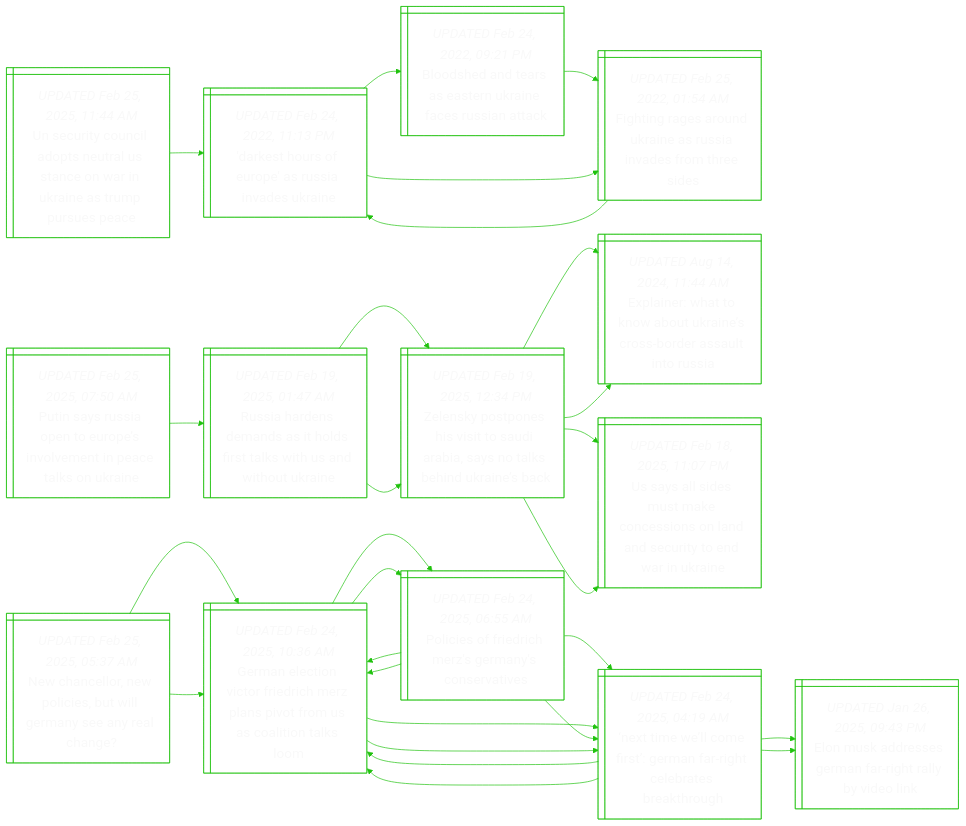
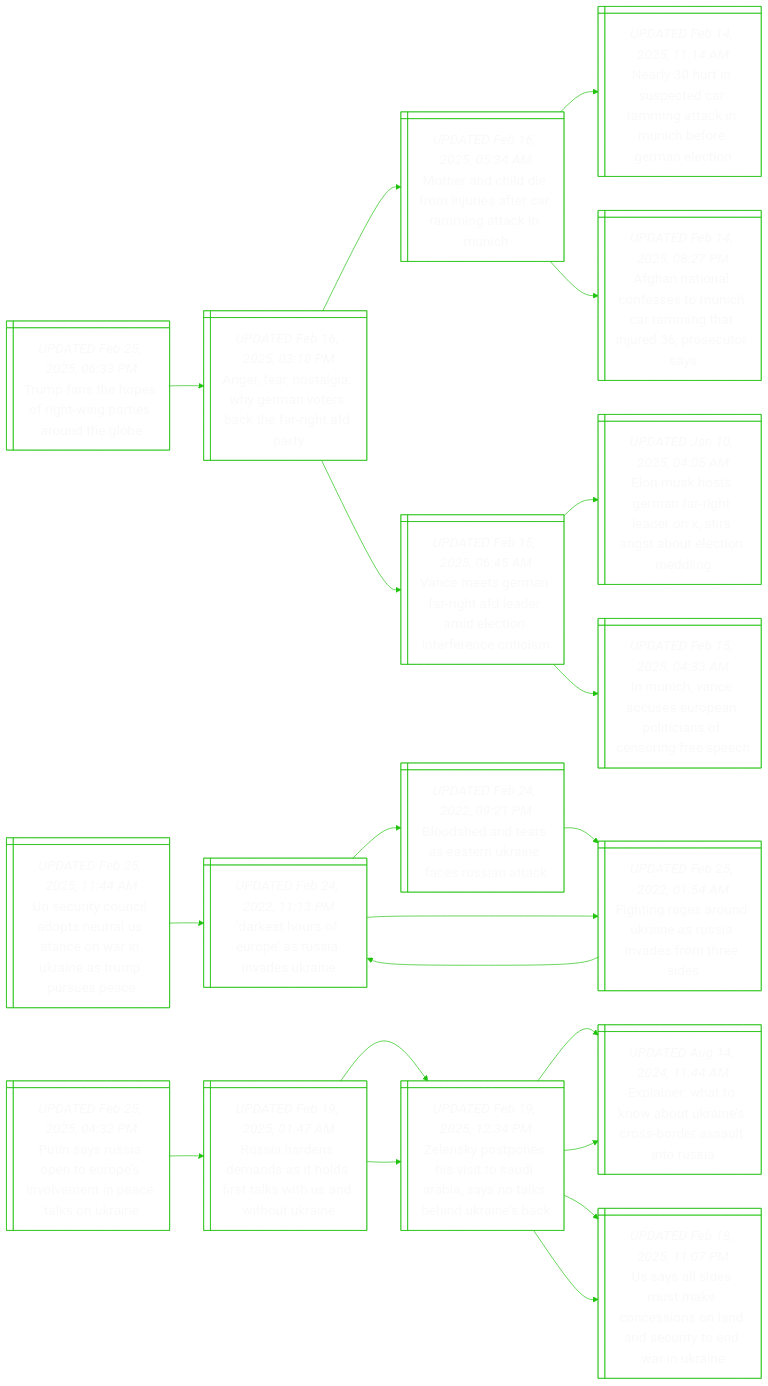
The diagram in README.md (notJmes/notJmes), drawn with Mermaid before and after one commit. The commit also changed other lines of this file, not shown here.

````diff
--- a/README.md
+++ b/README.md
@@ -15,6 +15,31 @@
 %%{init: {'theme':'base', 'themeVariables': {'primaryColor': "transparent", 'primaryTextColor': "#F9F9F9", 'lineColor': "#20C20E", 'primaryBorderColor':'#20C20E'}}}%%
 flowchart LR
 classDef txtsize font-size:20px;
+
+Tfheiiradl@{ shape: win-pane, label: "_UPDATED Feb 25, 2025, 06:33 PM_
+Trump fans the hopes of right-wing parties around the globe" }
+AfogyaecfgDy@{ shape: win-pane, label: "_UPDATED Feb 16, 2025, 03:18 PM_
+Anger, fear, nostalgia: why german voters back the far-right afd party" }
+Mrhimrfamtii@{ shape: win-pane, label: "_UPDATED Feb 16, 2025, 05:34 AM_
+Mother and child die from injuries after car ramming attack in munich" }
+Nyipdagcubeac@{ shape: win-pane, label: "_UPDATED Feb 14, 2025, 11:14 AM_
+Nearly 30 hurt in suspected car ramming attack in munich before german election" }
+AnoosMhagiesos@{ shape: win-pane, label: "_UPDATED Feb 14, 2025, 08:27 PM_
+Afghan national confesses to munich car ramming that injured 36, prosecutor says" }
+VmGnifdicifctm@{ shape: win-pane, label: "_UPDATED Feb 15, 2025, 06:45 AM_
+Vance meets german far-right afd leader amid election interference criticism" }
+EusrahdXsttten@{ shape: win-pane, label: "_UPDATED Jan 10, 2025, 04:05 AM_
+Elon musk hosts german far-right leader on x, stirs angst about election meddling" }
+IincEelifofp@{ shape: win-pane, label: "_UPDATED Feb 15, 2025, 04:33 AM_
+In munich, vance accuses european politicians of censoring free speech" }
+
+Tfheiiradl:::txtsize --> AfogyaecfgDy:::txtsize
+AfogyaecfgDy:::txtsize --> Mrhimrfamtii:::txtsize
+Mrhimrfamtii:::txtsize --> Nyipdagcubeac:::txtsize
+Mrhimrfamtii:::txtsize --> AnoosMhagiesos:::txtsize
+AfogyaecfgDy:::txtsize --> VmGnifdicifctm:::txtsize
+VmGnifdicifctm:::txtsize --> EusrahdXsttten:::txtsize
+VmGnifdicifctm:::txtsize --> IincEelifofp:::txtsize
 
 UuCipuUnwUnruse@{ shape: win-pane, label: "_UPDATED Feb 25, 2025, 11:44 AM_
 Un security council adopts neutral us stance on war in ukraine as trump pursues peace" }
@@ -35,7 +60,7 @@
 DsruasvUn:::txtsize --> Figokesnsts:::txtsize
 Figokesnsts:::txtsize --> DsruasvUn:::txtsize
 
-Psuoopvmnesr@{ shape: win-pane, label: "_UPDATED Feb 25, 2025, 07:50 AM_
+Psuoopvmnesr@{ shape: win-pane, label: "_UPDATED Feb 25, 2025, 04:32 PM_
 Putin says russia open to europe’s involvement in peace talks on ukraine" }
 RaemaoiaiatUn@{ shape: win-pane, label: "_UPDATED Feb 19, 2025, 01:47 AM_
 Russia hardens demands as it holds first talks with us and without ukraine" }
@@ -60,50 +85,4 @@
 ZssevtdbyaeUnc:::txtsize --> Eihkbkesdsiu:::txtsize
 ZssevtdbyaeUnc:::txtsize --> UsiukcolnutwUn:::txtsize
 
-Nalwculaeea@{ shape: win-pane, label: "_UPDATED Feb 25, 2025, 05:37 AM_
-New chancellor, new policies, but will germany see any real change?" }
-GntiFreavositl@{ shape: win-pane, label: "_UPDATED Feb 24, 2025, 10:36 AM_
-German election victor friedrich merz plans pivot from us as coalition talks loom" }
-PiFreeyst@{ shape: win-pane, label: "_UPDATED Feb 24, 2025, 06:55 AM_
-Policies of friedrich merz's germany's conservatives" }
-Niletarcrbtg@{ shape: win-pane, label: "_UPDATED Feb 24, 2025, 04:19 AM_
-‘next time we’ll come first’: german far-right celebrates breakthrough" }
-GntiFreavositl@{ shape: win-pane, label: "_UPDATED Feb 24, 2025, 10:36 AM_
-German election victor friedrich merz plans pivot from us as coalition talks loom" }
-Niletarcrbtg@{ shape: win-pane, label: "_UPDATED Feb 24, 2025, 04:19 AM_
-‘next time we’ll come first’: german far-right celebrates breakthrough" }
-Eudemrtydn@{ shape: win-pane, label: "_UPDATED Jan 26, 2025, 09:43 PM_
-Elon musk addresses german far-right rally by video link" }
-GntiFreavositl@{ shape: win-pane, label: "_UPDATED Feb 24, 2025, 10:36 AM_
-German election victor friedrich merz plans pivot from us as coalition talks loom" }
-GntiFreavositl@{ shape: win-pane, label: "_UPDATED Feb 24, 2025, 10:36 AM_
-German election victor friedrich merz plans pivot from us as coalition talks loom" }
-PiFreeyst@{ shape: win-pane, label: "_UPDATED Feb 24, 2025, 06:55 AM_
-Policies of friedrich merz's germany's conservatives" }
-Niletarcrbtg@{ shape: win-pane, label: "_UPDATED Feb 24, 2025, 04:19 AM_
-‘next time we’ll come first’: german far-right celebrates breakthrough" }
-GntiFreavositl@{ shape: win-pane, label: "_UPDATED Feb 24, 2025, 10:36 AM_
-German election victor friedrich merz plans pivot from us as coalition talks loom" }
-Niletarcrbtg@{ shape: win-pane, label: "_UPDATED Feb 24, 2025, 04:19 AM_
-‘next time we’ll come first’: german far-right celebrates breakthrough" }
-Eudemrtydn@{ shape: win-pane, label: "_UPDATED Jan 26, 2025, 09:43 PM_
-Elon musk addresses german far-right rally by video link" }
-GntiFreavositl@{ shape: win-pane, label: "_UPDATED Feb 24, 2025, 10:36 AM_
-German election victor friedrich merz plans pivot from us as coalition talks loom" }
-
-Nalwculaeea:::txtsize --> GntiFreavositl:::txtsize
-GntiFreavositl:::txtsize --> PiFreeyst:::txtsize
-PiFreeyst:::txtsize --> Niletarcrbtg:::txtsize
-PiFreeyst:::txtsize --> GntiFreavositl:::txtsize
-GntiFreavositl:::txtsize --> Niletarcrbtg:::txtsize
-Niletarcrbtg:::txtsize --> Eudemrtydn:::txtsize
-Niletarcrbtg:::txtsize --> GntiFreavositl:::txtsize
-Nalwculaeea:::txtsize --> GntiFreavositl:::txtsize
-GntiFreavositl:::txtsize --> PiFreeyst:::txtsize
-PiFreeyst:::txtsize --> Niletarcrbtg:::txtsize
-PiFreeyst:::txtsize --> GntiFreavositl:::txtsize
-GntiFreavositl:::txtsize --> Niletarcrbtg:::txtsize
-Niletarcrbtg:::txtsize --> Eudemrtydn:::txtsize
-Niletarcrbtg:::txtsize --> GntiFreavositl:::txtsize
-
 ```
````
